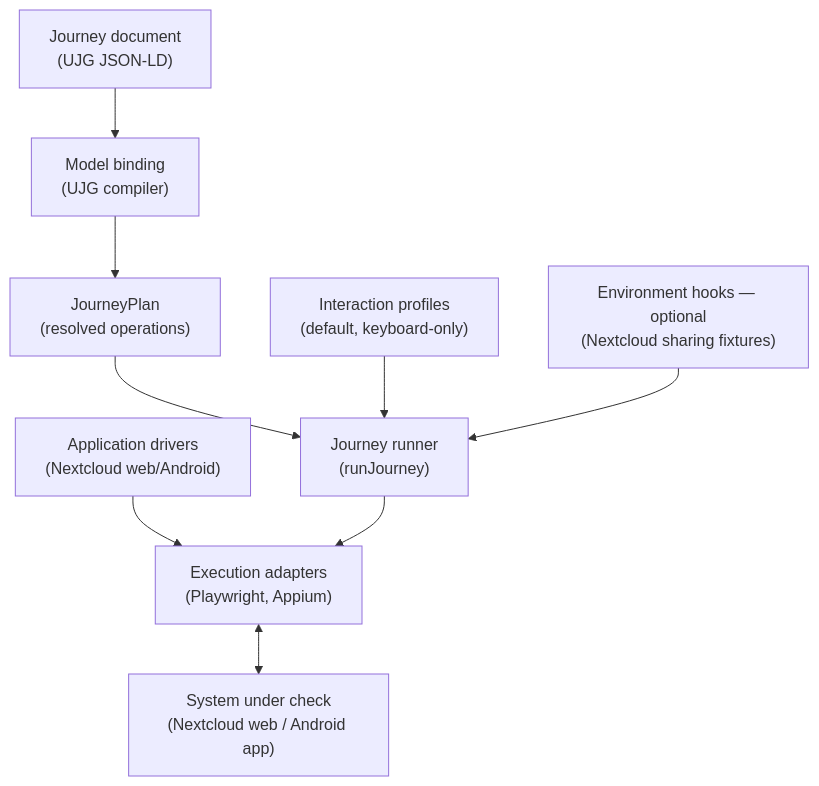
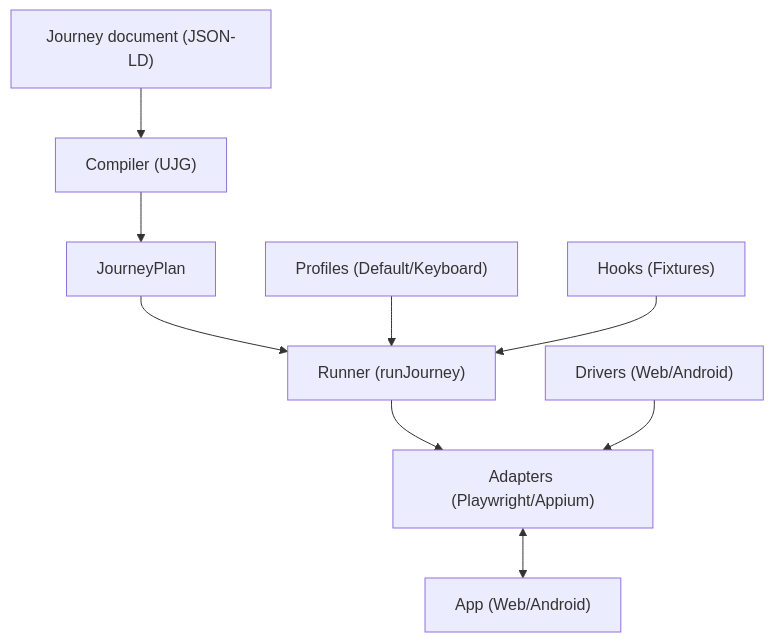
One commit to openuji/journey-mesh changed the third of 5 diagrams in README.md. Above: the diagram before and after it, drawn with Mermaid.

Commit message:
simplify exectution labels

````diff
--- a/README.md
+++ b/README.md
@@ -60,11 +60,10 @@
 ```mermaid
 flowchart TB
-  document["Journey document<br/>(UJG JSON-LD)"] --> binding["Model binding<br/>(UJG compiler)"]
-  binding --> plan["JourneyPlan<br/>(resolved operations)"]
-  plan --> runner["Journey runner<br/>(runJourney)"]
-  drivers["Application drivers<br/>(Nextcloud web/Android)"] --> adapters["Execution adapters<br/>(Playwright, Appium)"]
-  runner --> adapters
-  adapters <--> system["System under check<br/>(Nextcloud web / Android app)"]
-  profiles["Interaction profiles<br/>(default, keyboard-only)"] --> runner
-  environment["Environment hooks — optional<br/>(Nextcloud sharing fixtures)"] --> runner
+  A["Journey document (JSON-LD)"] --> B["Compiler (UJG)"]
+  B --> C["JourneyPlan"] --> D["Runner (runJourney)"]
+  D --> E["Adapters (Playwright/Appium)"]
+  E <--> F["App (Web/Android)"]
+  G["Drivers (Web/Android)"] --> E
+  H["Profiles (Default/Keyboard)"] --> D
+  I["Hooks (Fixtures)"] --> D
 ```
````
